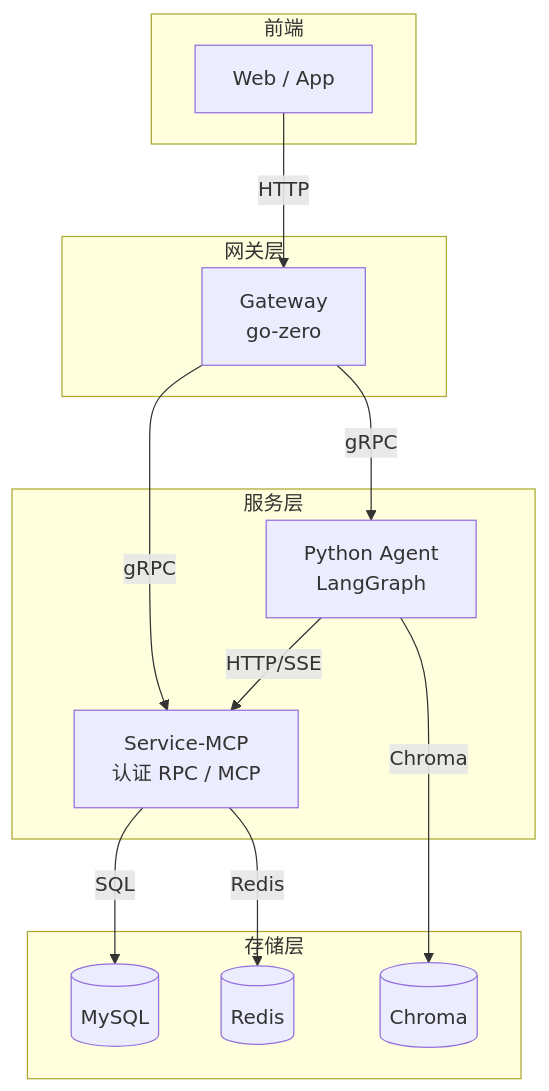
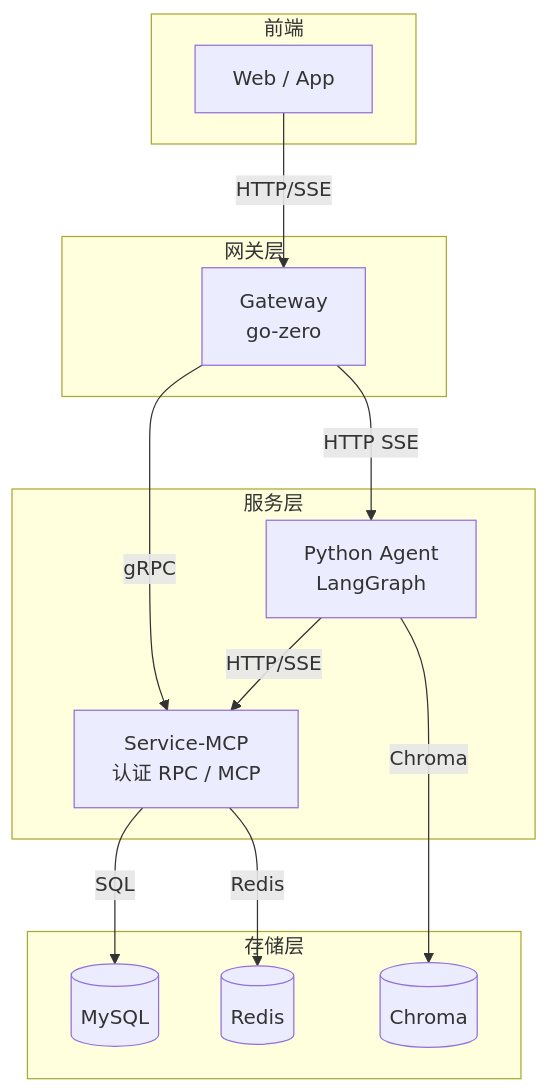
One commit to MRmrwei/Enterprise-Smart-Assistant-Project changed the diagram in README.md. Above: the diagram before and after it, drawn with Mermaid. The commit also changed other lines of this file, not shown here.

Commit message:
``` docs(README): 更新技术栈描述和数据流图
- 将 Agent 组件的技术栈从 "LangGraph + gRPC" 更新为 "LangGraph + Fast API SSE"
- 更新架构图中的通信协议标注，将 "HTTP" 改为 "HTTP/SSE"，
  "gRPC" 改为 "HTTP SSE" 以准确反映实际使用的通信方式
```

````diff
--- a/README.md
+++ b/README.md
@@ -78,29 +78,29 @@
 ```mermaid
 graph TB
     subgraph 前端
         A[Web / App]
     end
 
     subgraph 网关层
         B[Gateway<br/>go-zero]
     end
 
     subgraph 服务层
         C[Service-MCP<br/>认证 RPC / MCP]
         D[Python Agent<br/>LangGraph]
     end
 
     subgraph 存储层
         E[(MySQL)]
         F[(Chroma)]
         G[(Redis)]
     end
 
-    A -->|HTTP| B
+    A -->|HTTP/SSE| B
     B -->|gRPC| C
-    B -->|gRPC| D
+    B -->|HTTP SSE| D
     C -->|SQL| E
     C -->|Redis| G
     D -->|HTTP/SSE| C
     D -->|Chroma| F
 ```
````
